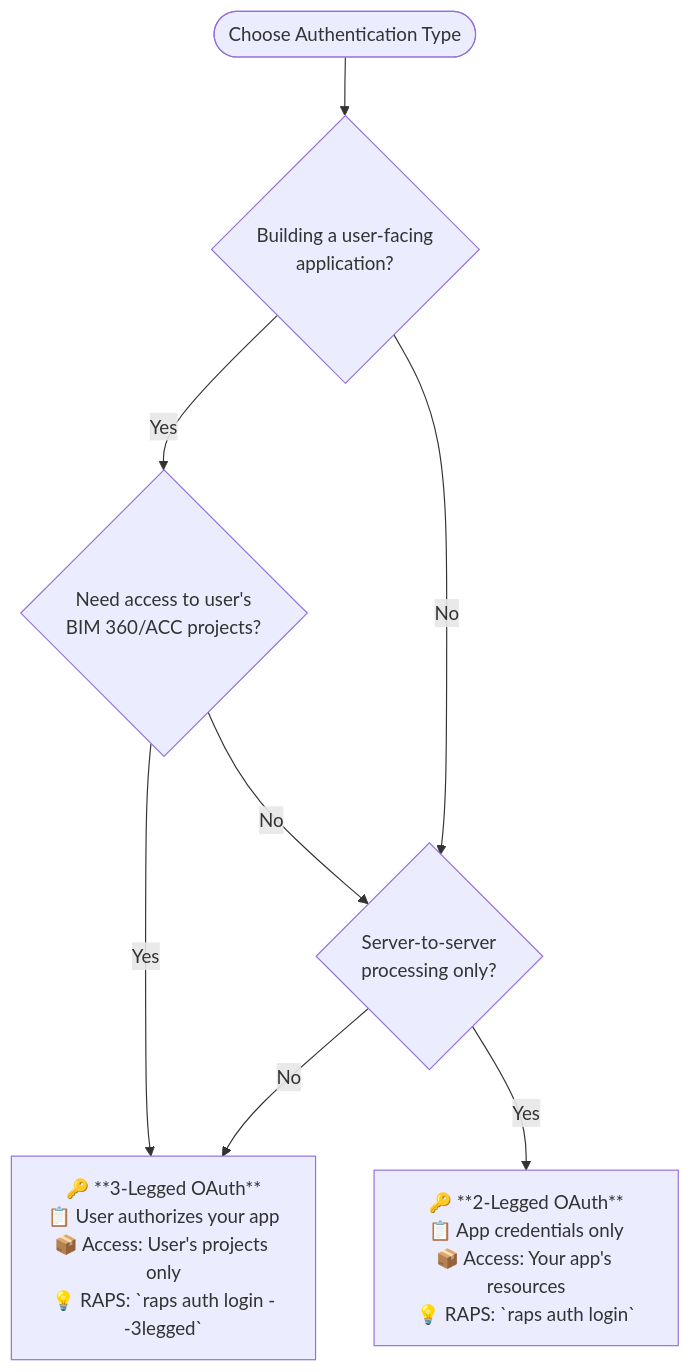
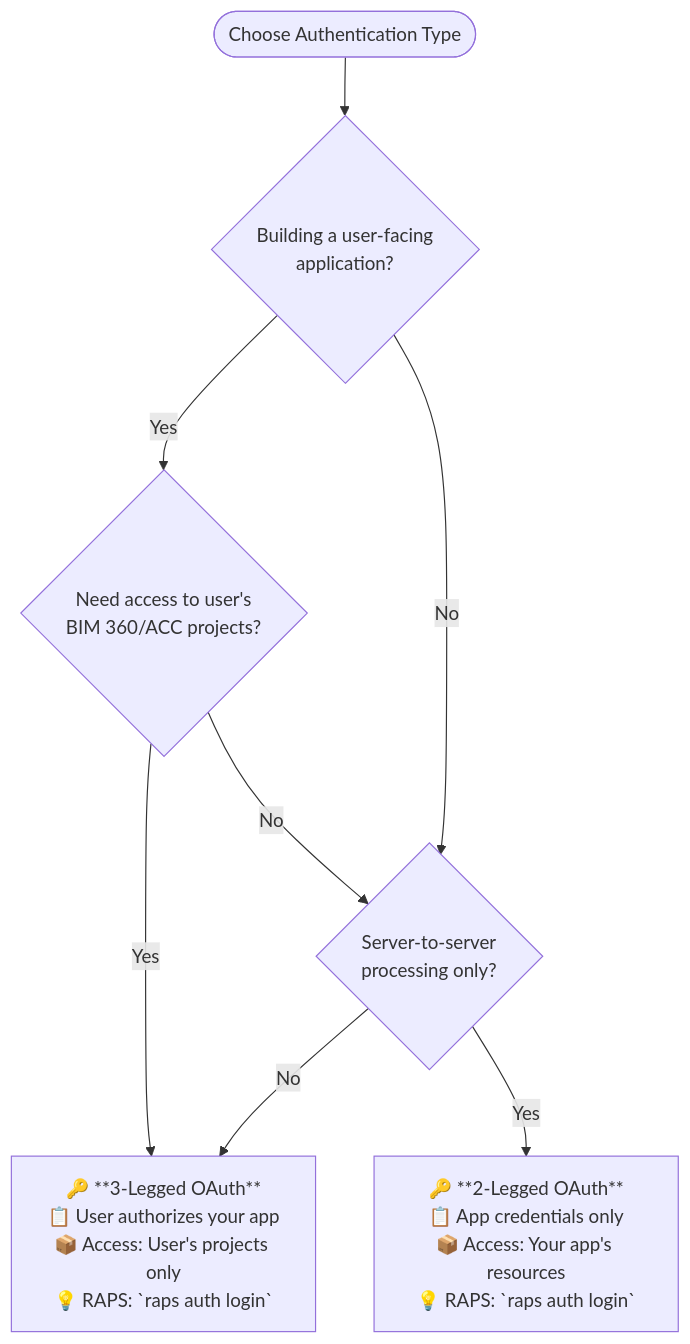
Before and after one commit to dmytro-yemelianov/raps-marketing: the second of 2 diagrams in src/content/guides/which-api-do-i-need.md, drawn with Mermaid. The commit also changed other lines of this file and 18 other files, not shown here.

````diff
--- a/src/content/guides/which-api-do-i-need.md
+++ b/src/content/guides/which-api-do-i-need.md
@@ -214,16 +215,16 @@
 ```mermaid
 flowchart TD
     AuthStart([Choose Authentication Type]) --> UserApp{Building a user-facing<br/>application?}
     
     UserApp -->|Yes| NeedBIM{Need access to user's<br/>BIM 360/ACC projects?}
     
-    NeedBIM -->|Yes| ThreeLegged[🔑 **3-Legged OAuth**<br/>📋 User authorizes your app<br/>📦 Access: User's projects only<br/>💡 RAPS: `raps auth login --3legged`]
+    NeedBIM -->|Yes| ThreeLegged[🔑 **3-Legged OAuth**<br/>📋 User authorizes your app<br/>📦 Access: User's projects only<br/>💡 RAPS: `raps auth login`]
     
     NeedBIM -->|No| ServerApp{Server-to-server<br/>processing only?}
     
     UserApp -->|No| ServerApp
     
     ServerApp -->|Yes| TwoLegged[🔑 **2-Legged OAuth**<br/>📋 App credentials only<br/>📦 Access: Your app's resources<br/>💡 RAPS: `raps auth login`]
     
     ServerApp -->|No| ThreeLegged
 ```
````
